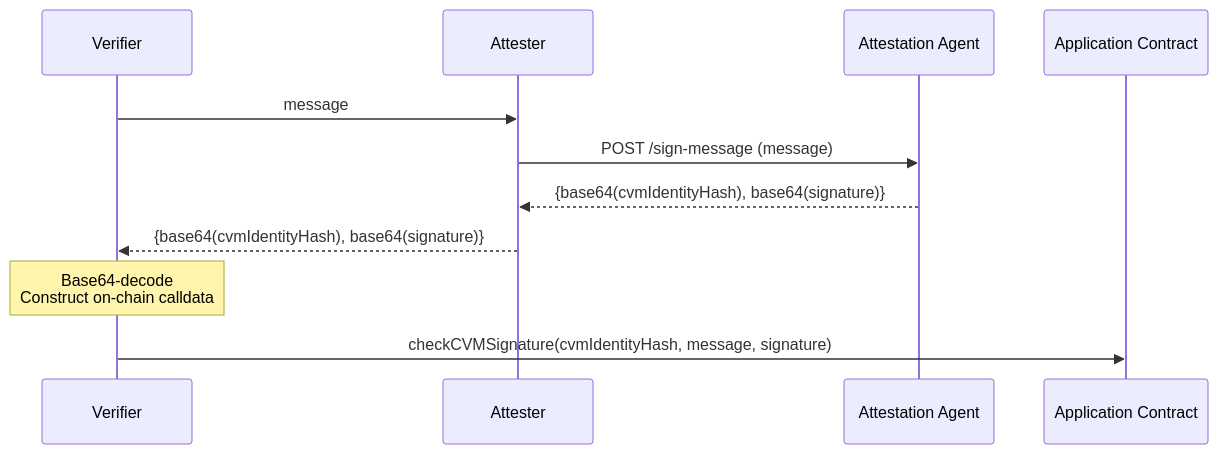
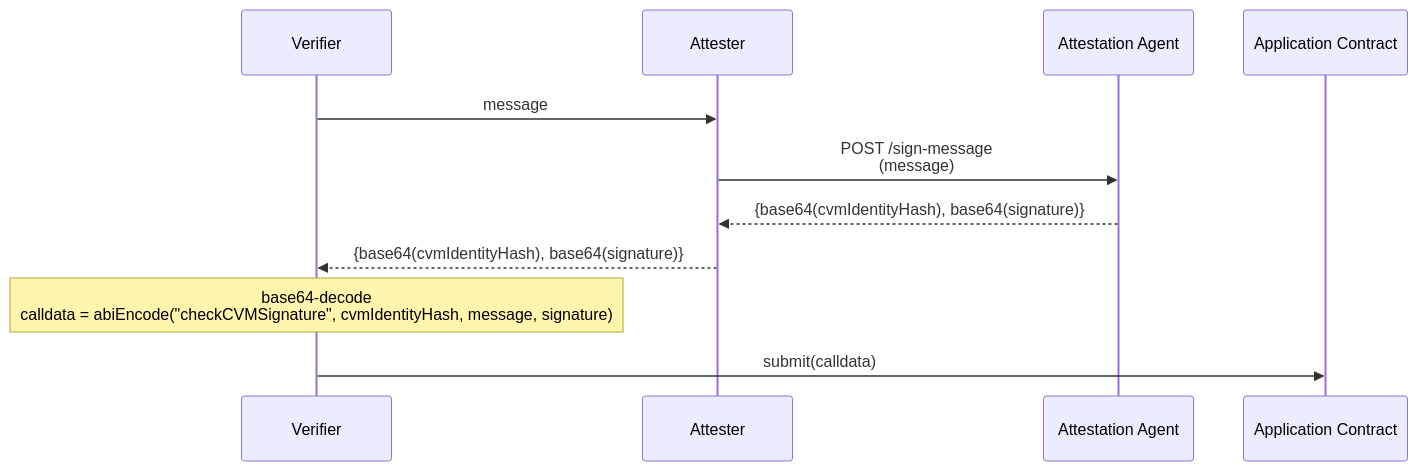
The third of 4 diagrams in docs/onchain-workflows.md (nuconstruct-ltd/automata-linux), drawn with Mermaid before and after one commit. The commit also changed other lines of this file and 1 other file, not shown here.

````diff
--- a/docs/onchain-workflows.md
+++ b/docs/onchain-workflows.md
@@ -35,14 +41,14 @@
 ```mermaid
 sequenceDiagram
     participant V as Verifier
     participant AT as Attester
     participant AA as Attestation Agent
     participant AC as Application Contract
 
     V->>AT: message
-    AT->>AA: POST /sign-message (message)
+    AT->>AA: POST /sign-message <br/> (message)
     AA-->>AT: {base64(cvmIdentityHash), base64(signature)}
     AT-->>V: {base64(cvmIdentityHash), base64(signature)}
-    note over V: Base64-decode<br/>Construct on-chain calldata
-    V->>AC: checkCVMSignature(cvmIdentityHash, message, signature)
+    note over V: base64-decode <br/> calldata = abiEncode("checkCVMSignature", cvmIdentityHash, message, signature)
+    V->>AC: submit(calldata)
 ```
````
